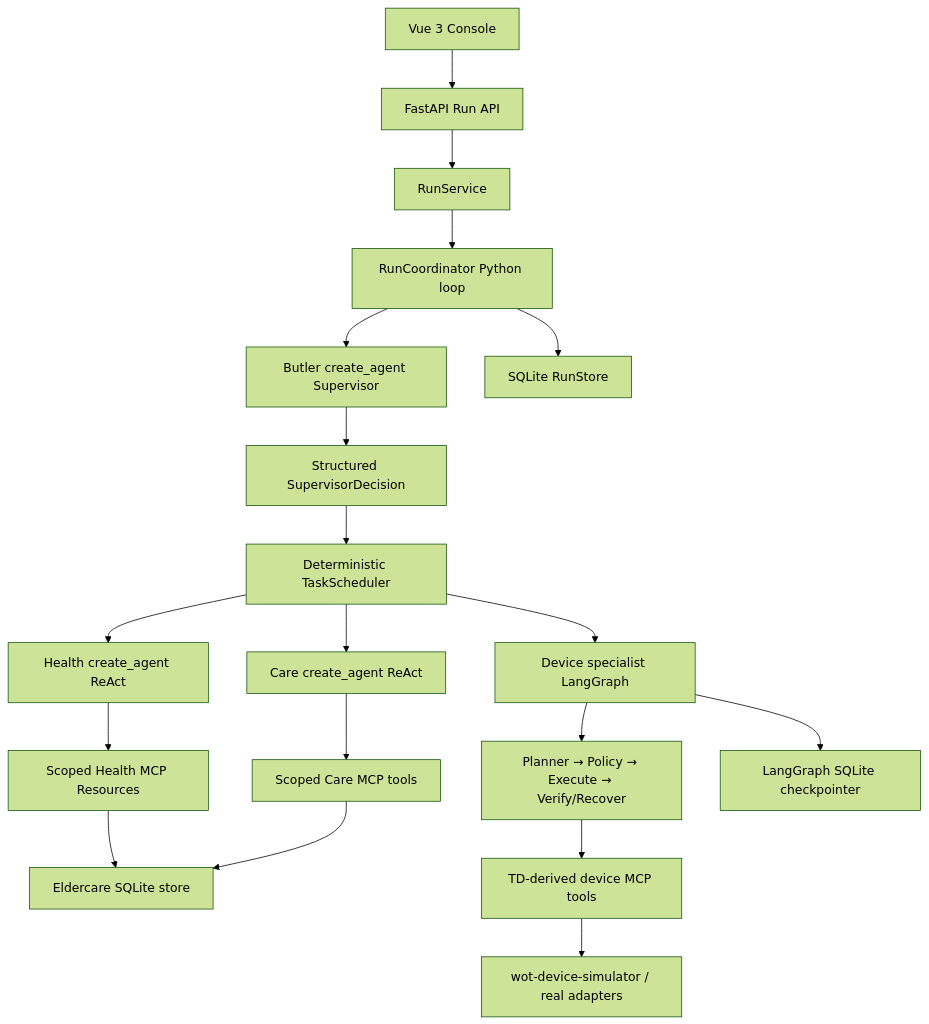
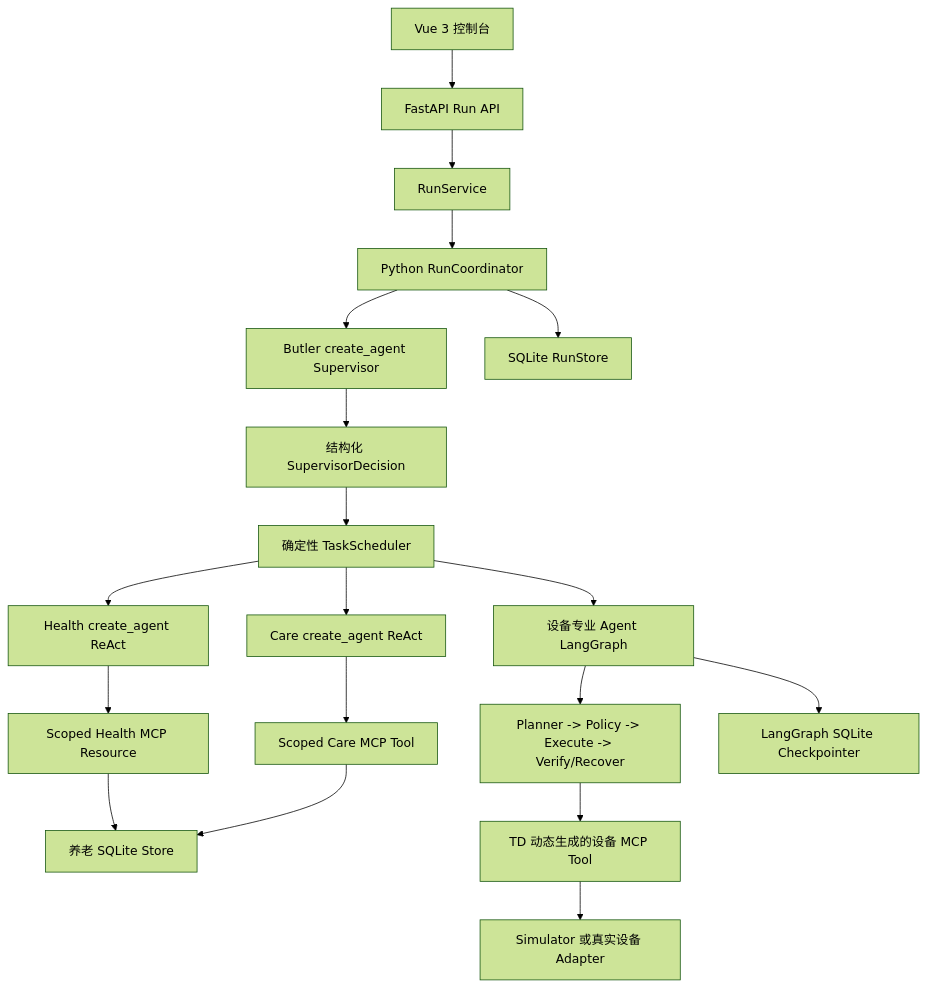
One commit to GoldenGYQ/WoTAgent changed the diagram in handoff.md. Above: the diagram before and after it, drawn with Mermaid (forest theme). The commit also changed other lines of this file and 19 other files, not shown here.

````diff
--- a/handoff.md
+++ b/handoff.md
@@ -355,21 +71,21 @@
 ```mermaid
 flowchart TD
-    UI["Vue 3 Console"] --> API["FastAPI Run API"]
-    API --> RS["RunService"]
-    RS --> RC["RunCoordinator Python loop"]
-    RC --> BS["Butler create_agent Supervisor"]
-    BS --> SD["Structured SupervisorDecision"]
-    SD --> TS["Deterministic TaskScheduler"]
-    TS --> HE["Health create_agent ReAct"]
-    TS --> CE["Care create_agent ReAct"]
-    TS --> DG["Device specialist LangGraph"]
-    HE --> HMCP["Scoped Health MCP Resources"]
-    CE --> EMCP["Scoped Care MCP tools"]
-    DG --> PM["Planner → Policy → Execute → Verify/Recover"]
-    PM --> DMCP["TD-derived device MCP tools"]
-    HMCP --> EDB["Eldercare SQLite store"]
-    EMCP --> EDB
-    DMCP --> SIM["wot-device-simulator / real adapters"]
-    RC --> RDB["SQLite RunStore"]
-    DG --> CDB["LangGraph SQLite checkpointer"]
+    UI[Vue 3 控制台] --> API[FastAPI Run API]
+    API --> RS[RunService]
+    RS --> RC[Python RunCoordinator]
+    RC --> BS[Butler create_agent Supervisor]
+    BS --> SD[结构化 SupervisorDecision]
+    SD --> TS[确定性 TaskScheduler]
+    TS --> HE[Health create_agent ReAct]
+    TS --> CE[Care create_agent ReAct]
+    TS --> DG[设备专业 Agent LangGraph]
+    HE --> HMCP[Scoped Health MCP Resource]
+    CE --> CMCP[Scoped Care MCP Tool]
+    DG --> PM[Planner -> Policy -> Execute -> Verify/Recover]
+    PM --> DMCP[TD 动态生成的设备 MCP Tool]
+    HMCP --> EDB[养老 SQLite Store]
+    CMCP --> EDB
+    DMCP --> SIM[Simulator 或真实设备 Adapter]
+    RC --> RDB[SQLite RunStore]
+    DG --> CDB[LangGraph SQLite Checkpointer]
 ```
````
